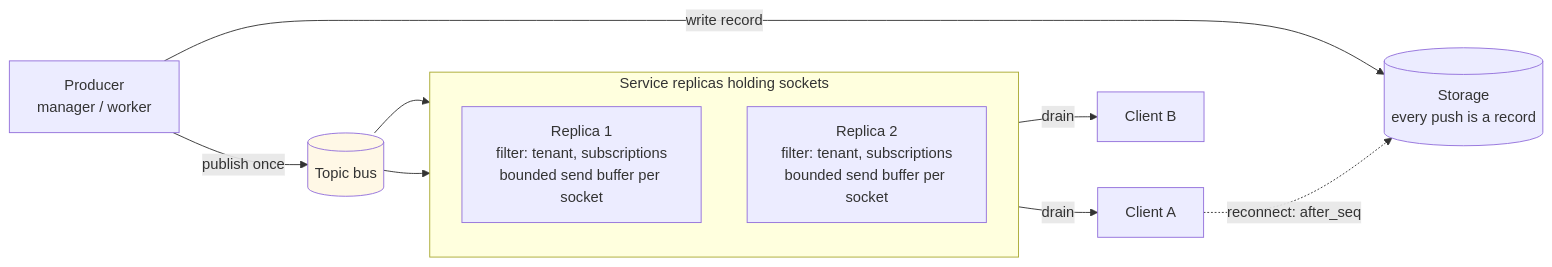
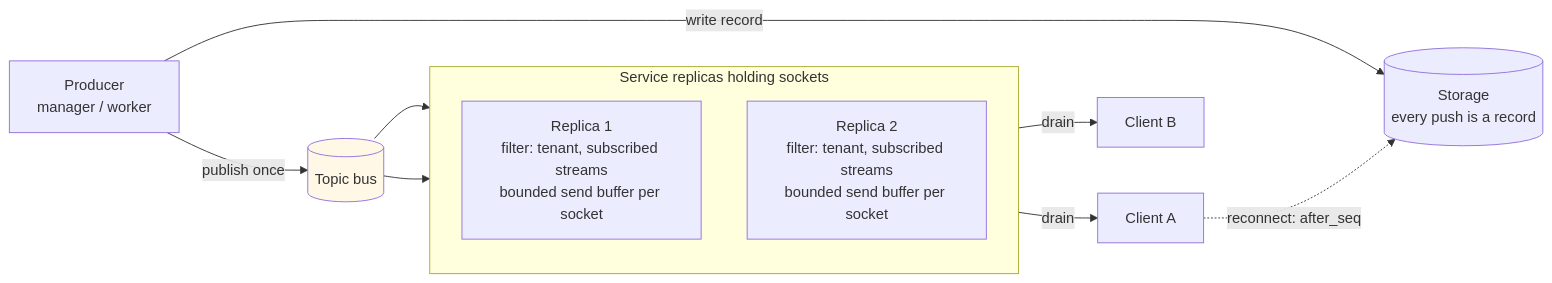
Before and after one commit to Crack525/swe_guidelines: the third of 7 diagrams in architecture.md, drawn with Mermaid. The commit also changed other lines of this file and 29 other files, not shown here.

````diff
--- a/architecture.md
+++ b/architecture.md
@@ -2489,25 +2522,25 @@
 ``` mermaid
 flowchart LR
     Prod[Producer<br/>manager / worker]
     Bus[(Topic bus)]
 
     subgraph Replicas [Service replicas holding sockets]
         direction TB
-        I1[Replica 1<br/>filter: tenant, subscriptions<br/>bounded send buffer per socket]
-        I2[Replica 2<br/>filter: tenant, subscriptions<br/>bounded send buffer per socket]
+        I1[Replica 1<br/>filter: tenant, subscribed streams<br/>bounded send buffer per socket]
+        I2[Replica 2<br/>filter: tenant, subscribed streams<br/>bounded send buffer per socket]
     end
 
     Sto[(Storage<br/>every push is a record)]
     UserA[Client A]
     UserB[Client B]
 
     Prod -->|write record| Sto
     Prod -->|publish once| Bus
     Bus --> I1
     Bus --> I2
     I1 -->|drain| UserA
     I2 -->|drain| UserB
     UserA -.->|reconnect: after_seq| Sto
 
     style Bus fill:#fff8e6
 ```
````
